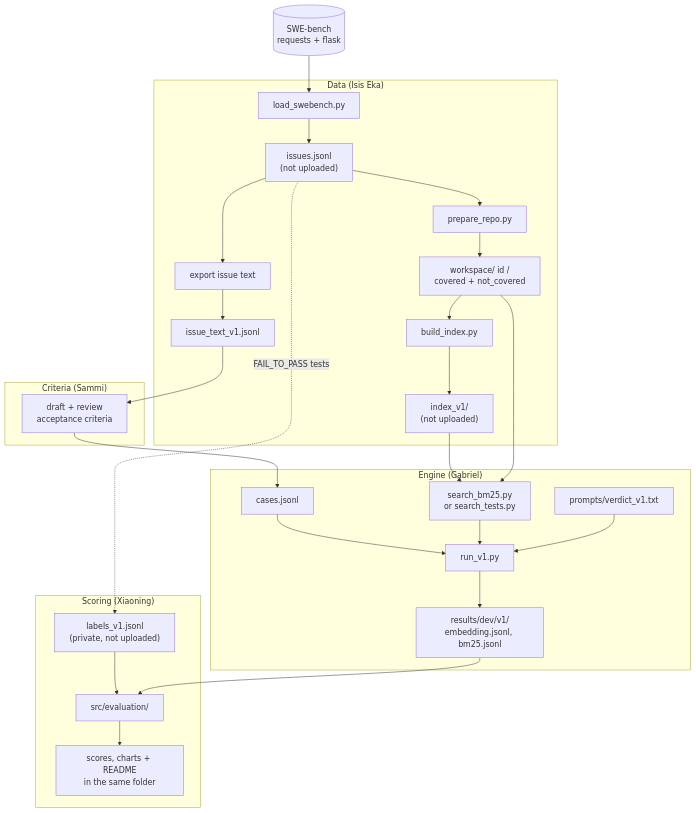
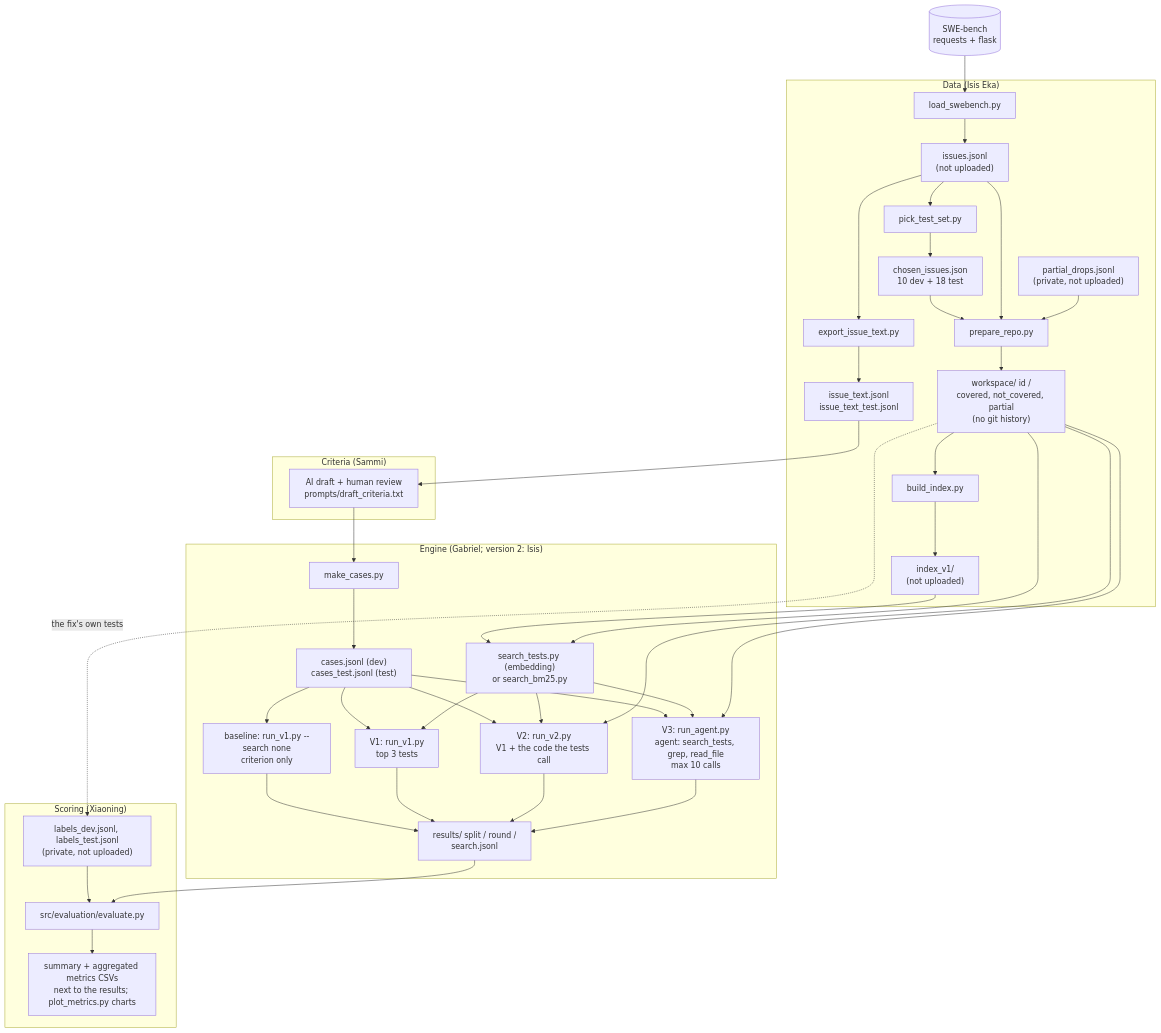
Before and after one commit to isis-eka/group6-traceability: the first of 3 diagrams in docs/architecture.md, drawn with Mermaid. The commit also changed other lines of this file, not shown here.

Commit message:
architecture diagram update

````diff
--- a/docs/architecture.md
+++ b/docs/architecture.md
@@ -9,37 +10,52 @@
 ```mermaid
 flowchart TB
     swe[("SWE-bench<br/>requests + flask")]
 
     subgraph data["Data (Isis Eka)"]
         load["load_swebench.py"] --> issues["issues.jsonl<br/>(not uploaded)"]
-        issues --> prep["prepare_repo.py"]
-        prep --> ws["workspace/ id /<br/>covered + not_covered"]
-        issues --> export["export issue text"]
-        export --> text["issue_text_v1.jsonl"]
+        issues --> pick["pick_test_set.py"]
+        pick --> chosen["chosen_issues.json<br/>10 dev + 18 test"]
+        chosen --> prep["prepare_repo.py"]
+        issues --> prep
+        prep --> ws["workspace/ id /<br/>covered, not_covered, partial<br/>(no git history)"]
+        drops["partial_drops.jsonl<br/>(private, not uploaded)"] --> prep
+        issues --> export["export_issue_text.py"]
+        export --> text["issue_text.jsonl<br/>issue_text_test.jsonl"]
         ws --> build["build_index.py"]
         build --> index["index_v1/<br/>(not uploaded)"]
     end
 
     subgraph criteria["Criteria (Sammi)"]
-        text --> draft["draft + review<br/>acceptance criteria"]
+        text --> draft["AI draft + human review<br/>prompts/draft_criteria.txt"]
     end
 
-    subgraph engine["Engine (Gabriel)"]
-        draft --> cases["cases.jsonl"]
-        cases --> run["run_v1.py"]
-        search["search_bm25.py<br/>or search_tests.py"] --> run
+    subgraph engine["Engine (Gabriel; version 2: Isis)"]
+        draft --> mk["make_cases.py"]
+        mk --> cases["cases.jsonl (dev)<br/>cases_test.jsonl (test)"]
+        search["search_tests.py (embedding)<br/>or search_bm25.py"]
         index --> search
         ws --> search
-        prompt["prompts/verdict_v1.txt"] --> run
-        run --> results["results/dev/v1/<br/>embedding.jsonl, bm25.jsonl"]
+        cases --> base["baseline: run_v1.py --search none<br/>criterion only"]
+        cases --> v1["V1: run_v1.py<br/>top 3 tests"]
+        cases --> v2["V2: run_v2.py<br/>V1 + the code the tests call"]
+        cases --> v3["V3: run_agent.py<br/>agent: search_tests, grep, read_file<br/>max 10 calls"]
+        search --> v1
+        search --> v2
+        search --> v3
+        ws --> v2
+        ws --> v3
+        base --> results["results/ split / round /<br/>search.jsonl"]
+        v1 --> results
+        v2 --> results
+        v3 --> results
     end
 
     subgraph scoring["Scoring (Xiaoning)"]
-        labels["labels_v1.jsonl<br/>(private, not uploaded)"] --> eval["src/evaluation/"]
+        labels["labels_dev.jsonl, labels_test.jsonl<br/>(private, not uploaded)"] --> eval["src/evaluation/evaluate.py"]
         results --> eval
-        eval --> scores["scores, charts + README<br/>in the same folder"]
+        eval --> scores["summary + aggregated metrics CSVs<br/>next to the results; plot_metrics.py charts"]
     end
 
     swe --> load
-    issues -. "FAIL_TO_PASS tests" .-> labels
+    ws -. "the fix's own tests" .-> labels
 ```
````
